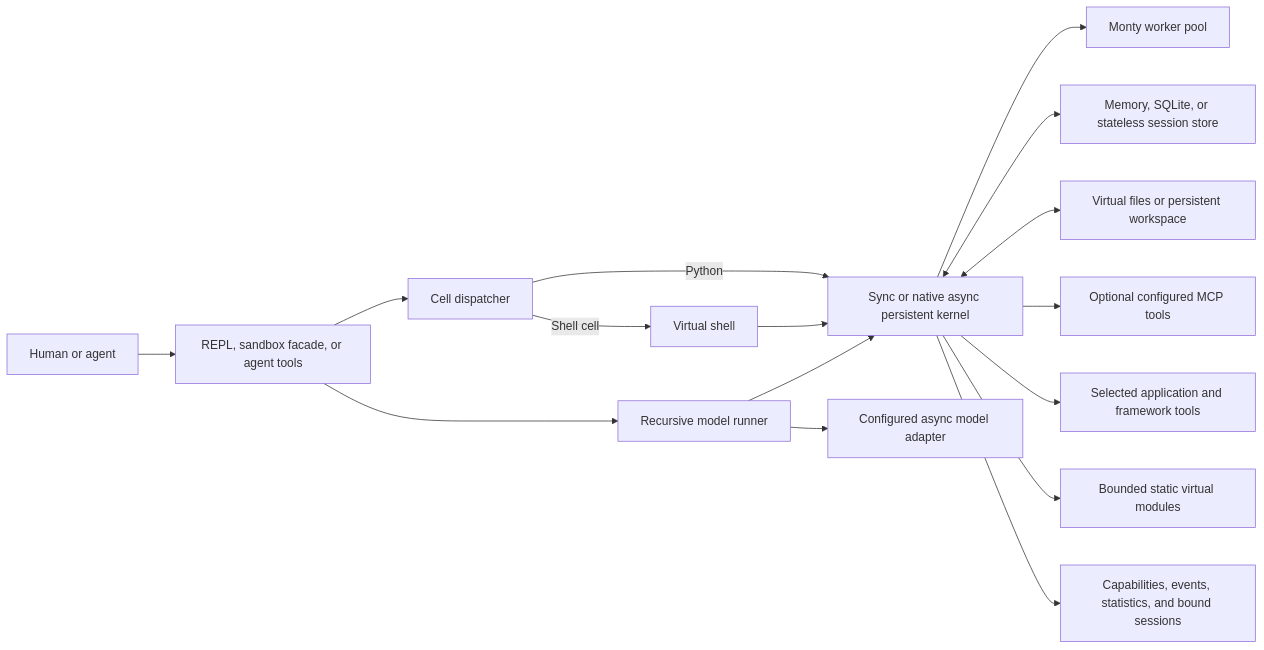
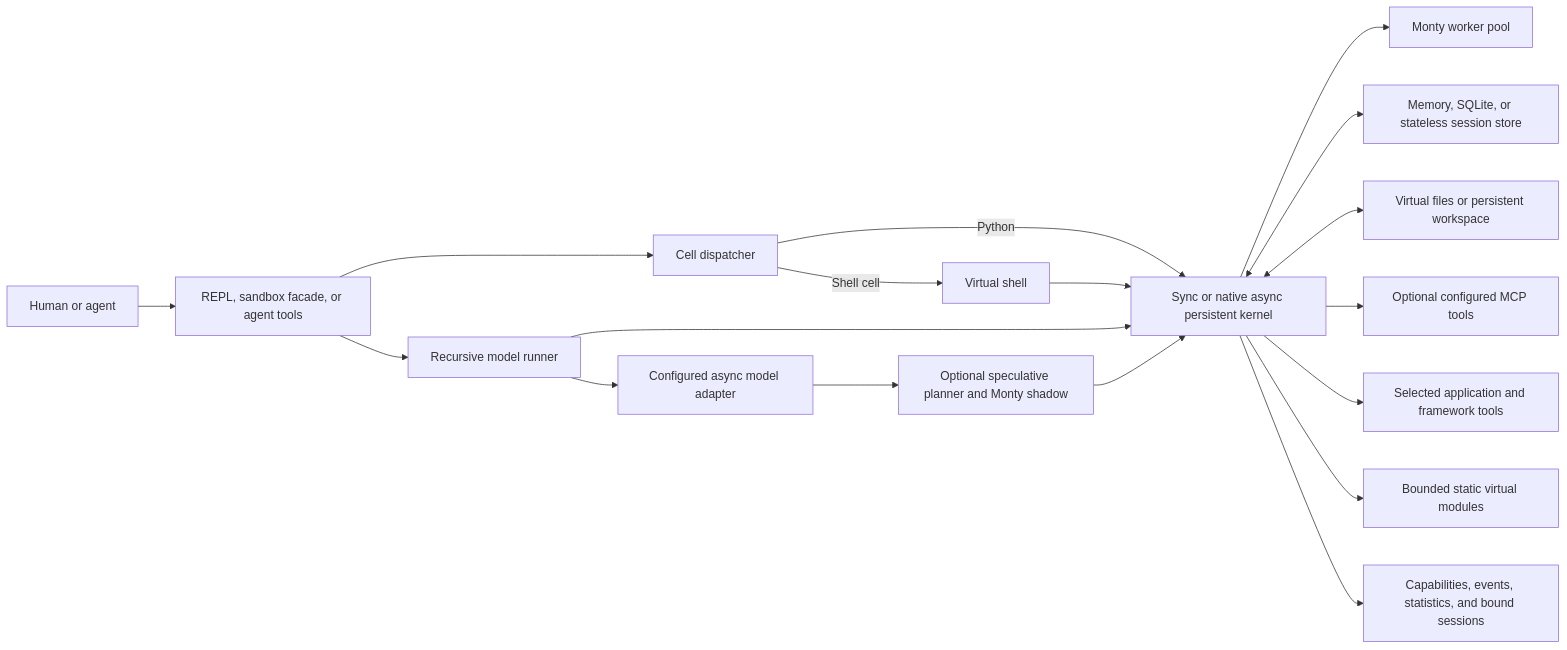
One commit to sgaseretto/arenero changed the diagram in README.md. Above: the diagram before and after it, drawn with Mermaid. The commit also changed other lines of this file and 17 other files, not shown here.

````diff
--- a/README.md
+++ b/README.md
@@ -12,18 +12,20 @@
 ```mermaid
 flowchart LR
     User["Human or agent"] --> Interface["REPL, sandbox facade, or agent tools"]
     Interface --> Cell["Cell dispatcher"]
     Cell -->|Python| Kernel["Sync or native async persistent kernel"]
     Cell -->|Shell cell| Shell["Virtual shell"]
     Shell --> Kernel
     Kernel --> Worker["Monty worker pool"]
     Kernel <--> Store["Memory, SQLite, or stateless session store"]
     Kernel <--> Files["Virtual files or persistent workspace"]
     Kernel --> MCP["Optional configured MCP tools"]
     Kernel --> Hosted["Selected application and framework tools"]
     Kernel --> Modules["Bounded static virtual modules"]
     Kernel --> QoL["Capabilities, events, statistics, and bound sessions"]
     Interface --> RLM["Recursive model runner"]
     RLM --> Kernel
     RLM --> Model["Configured async model adapter"]
+    Model --> Spec["Optional speculative planner and Monty shadow"]
+    Spec --> Kernel
 ```
````
